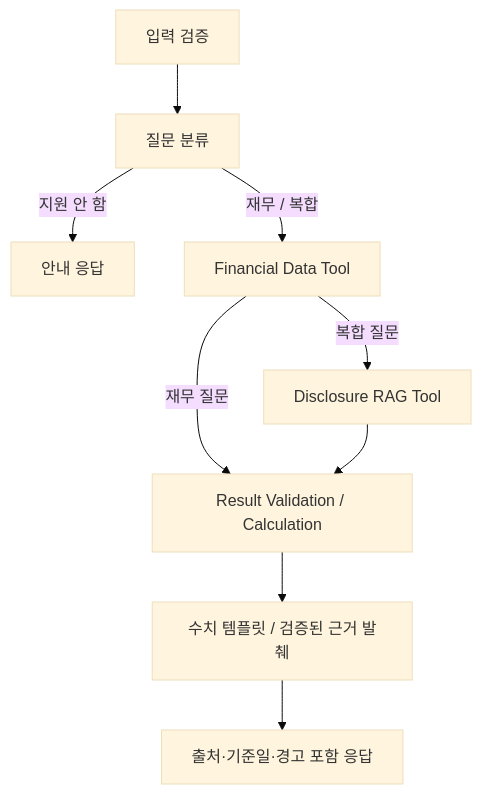
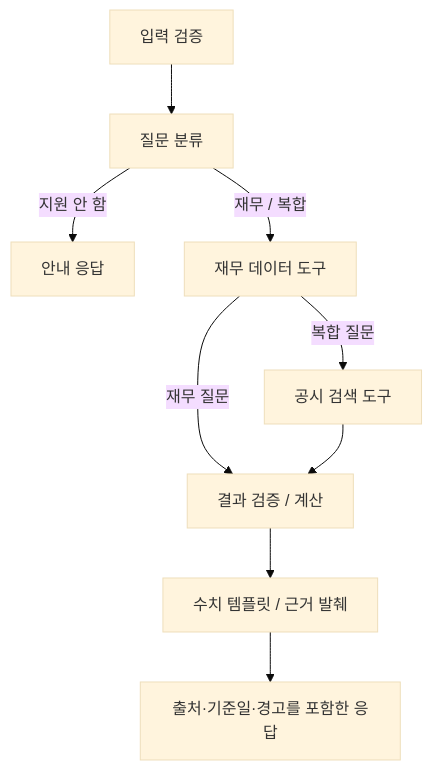
The second of 2 diagrams in README.md (TechieMoon/finsight-ai), drawn with Mermaid (base theme) before and after one commit. The commit also changed other lines of this file and 8 other files, not shown here.

````diff
--- a/README.md
+++ b/README.md
@@ -199,11 +193,11 @@
 ```mermaid
 flowchart TD
     S[입력 검증] --> A[질문 분류]
     A -->|지원 안 함| Z[안내 응답]
-    A -->|재무 / 복합| F[Financial Data Tool]
-    F -->|재무 질문| V[Result Validation / Calculation]
-    F -->|복합 질문| R[Disclosure RAG Tool]
+    A -->|재무 / 복합| F[재무 데이터 도구]
+    F -->|재무 질문| V[결과 검증 / 계산]
+    F -->|복합 질문| R[공시 검색 도구]
     R --> V
-    V --> Q[수치 템플릿 / 검증된 근거 발췌]
-    Q --> E[출처·기준일·경고 포함 응답]
+    V --> Q[수치 템플릿 / 근거 발췌]
+    Q --> E[출처·기준일·경고를 포함한 응답]
 ```
````
